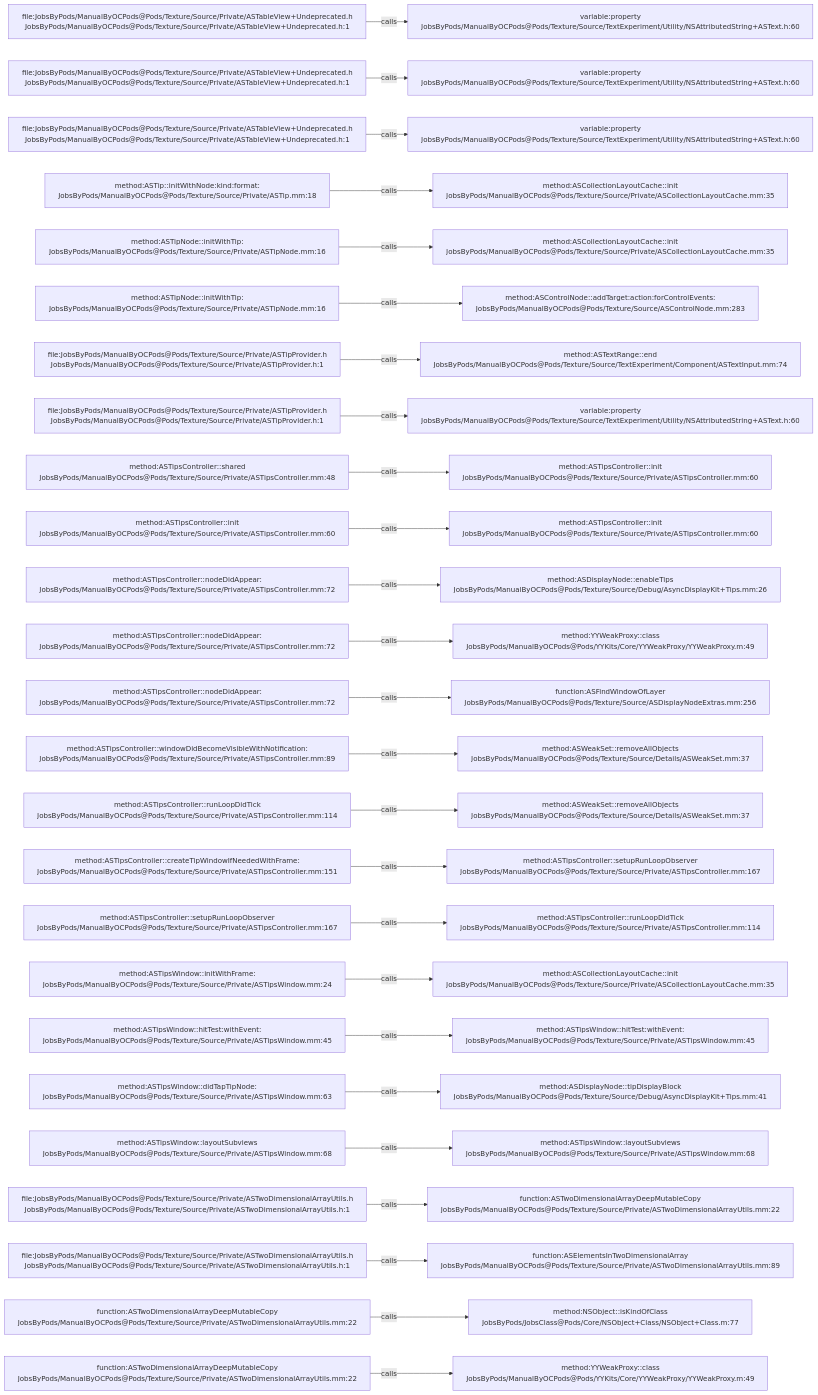
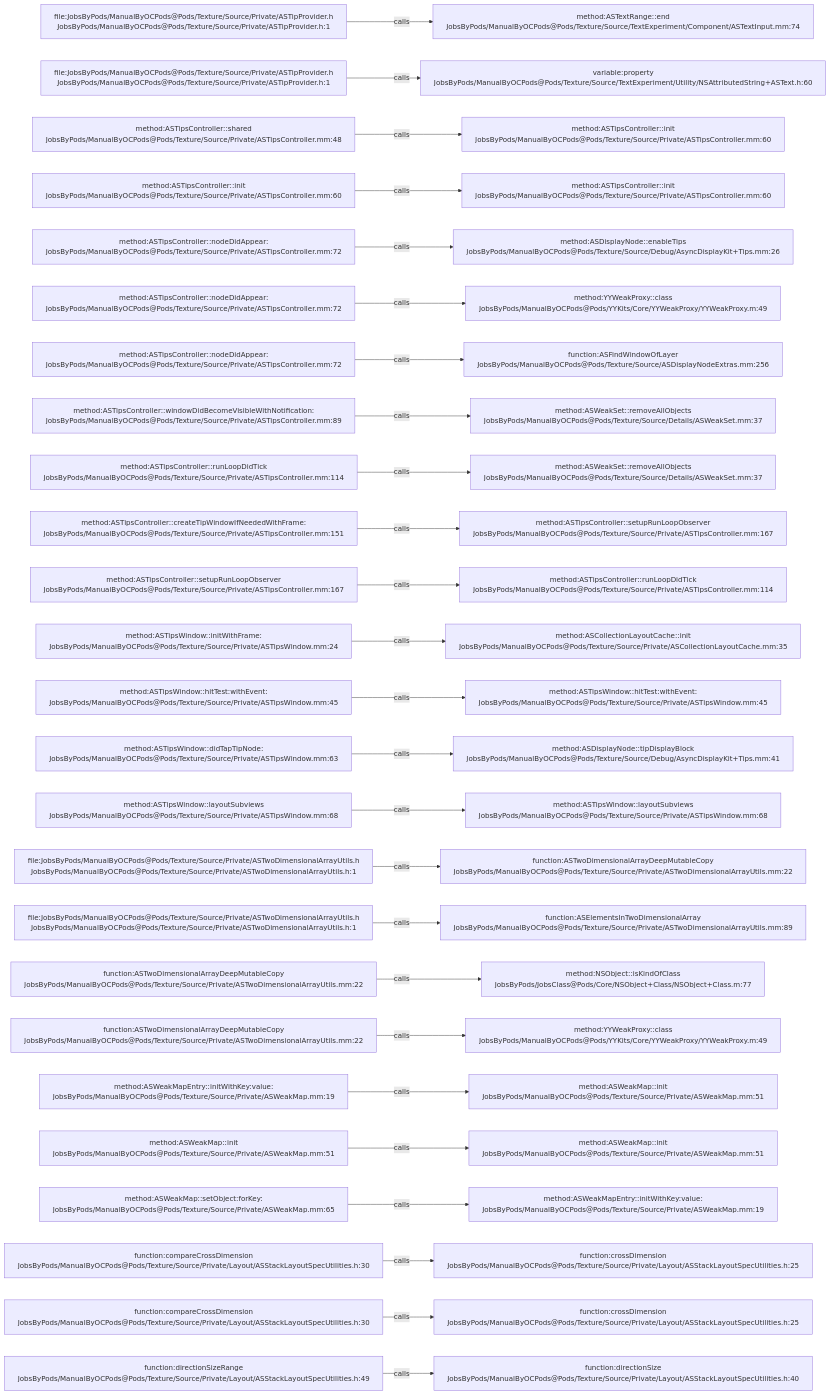
Before and after one commit to JobsKits/JobsOCBaseConfigDemo: the diagram in .codegraph/codegraph.md/graphs/calls-184.md, drawn with Mermaid. The commit also changed 666 other files, not shown here.

````diff
--- a/.codegraph/codegraph.md/graphs/calls-184.md
+++ b/.codegraph/codegraph.md/graphs/calls-184.md
@@ -13,78 +13,78 @@
 ```mermaid
 flowchart LR
-  S1["file:JobsByPods/ManualByOCPods@Pods/Texture/Source/Private/ASTableView+Undeprecated.h<br/>JobsByPods/ManualByOCPods@Pods/Texture/Source/Private/ASTableView+Undeprecated.h:1"]
-  T1["variable:property<br/>JobsByPods/ManualByOCPods@Pods/Texture/Source/TextExperiment/Utility/NSAttributedString+ASText.h:60"]
+  S1["file:JobsByPods/ManualByOCPods@Pods/Texture/Source/Private/ASTipProvider.h<br/>JobsByPods/ManualByOCPods@Pods/Texture/Source/Private/ASTipProvider.h:1"]
+  T1["method:ASTextRange::end<br/>JobsByPods/ManualByOCPods@Pods/Texture/Source/TextExperiment/Component/ASTextInput.mm:74"]
   S1 -->|calls| T1
-  S2["file:JobsByPods/ManualByOCPods@Pods/Texture/Source/Private/ASTableView+Undeprecated.h<br/>JobsByPods/ManualByOCPods@Pods/Texture/Source/Private/ASTableView+Undeprecated.h:1"]
+  S2["file:JobsByPods/ManualByOCPods@Pods/Texture/Source/Private/ASTipProvider.h<br/>JobsByPods/ManualByOCPods@Pods/Texture/Source/Private/ASTipProvider.h:1"]
   T2["variable:property<br/>JobsByPods/ManualByOCPods@Pods/Texture/Source/TextExperiment/Utility/NSAttributedString+ASText.h:60"]
   S2 -->|calls| T2
-  S3["file:JobsByPods/ManualByOCPods@Pods/Texture/Source/Private/ASTableView+Undeprecated.h<br/>JobsByPods/ManualByOCPods@Pods/Texture/Source/Private/ASTableView+Undeprecated.h:1"]
-  T3["variable:property<br/>JobsByPods/ManualByOCPods@Pods/Texture/Source/TextExperiment/Utility/NSAttributedString+ASText.h:60"]
+  S3["method:ASTipsController::shared<br/>JobsByPods/ManualByOCPods@Pods/Texture/Source/Private/ASTipsController.mm:48"]
+  T3["method:ASTipsController::init<br/>JobsByPods/ManualByOCPods@Pods/Texture/Source/Private/ASTipsController.mm:60"]
   S3 -->|calls| T3
-  S4["method:ASTip::initWithNode:kind:format:<br/>JobsByPods/ManualByOCPods@Pods/Texture/Source/Private/ASTip.mm:18"]
-  T4["method:ASCollectionLayoutCache::init<br/>JobsByPods/ManualByOCPods@Pods/Texture/Source/Private/ASCollectionLayoutCache.mm:35"]
+  S4["method:ASTipsController::init<br/>JobsByPods/ManualByOCPods@Pods/Texture/Source/Private/ASTipsController.mm:60"]
+  T4["method:ASTipsController::init<br/>JobsByPods/ManualByOCPods@Pods/Texture/Source/Private/ASTipsController.mm:60"]
   S4 -->|calls| T4
-  S5["method:ASTipNode::initWithTip:<br/>JobsByPods/ManualByOCPods@Pods/Texture/Source/Private/ASTipNode.mm:16"]
-  T5["method:ASCollectionLayoutCache::init<br/>JobsByPods/ManualByOCPods@Pods/Texture/Source/Private/ASCollectionLayoutCache.mm:35"]
+  S5["method:ASTipsController::nodeDidAppear:<br/>JobsByPods/ManualByOCPods@Pods/Texture/Source/Private/ASTipsController.mm:72"]
+  T5["method:ASDisplayNode::enableTips<br/>JobsByPods/ManualByOCPods@Pods/Texture/Source/Debug/AsyncDisplayKit+Tips.mm:26"]
   S5 -->|calls| T5
-  S6["method:ASTipNode::initWithTip:<br/>JobsByPods/ManualByOCPods@Pods/Texture/Source/Private/ASTipNode.mm:16"]
-  T6["method:ASControlNode::addTarget:action:forControlEvents:<br/>JobsByPods/ManualByOCPods@Pods/Texture/Source/ASControlNode.mm:283"]
+  S6["method:ASTipsController::nodeDidAppear:<br/>JobsByPods/ManualByOCPods@Pods/Texture/Source/Private/ASTipsController.mm:72"]
+  T6["method:YYWeakProxy::class<br/>JobsByPods/ManualByOCPods@Pods/YYKits/Core/YYWeakProxy/YYWeakProxy.m:49"]
   S6 -->|calls| T6
-  S7["file:JobsByPods/ManualByOCPods@Pods/Texture/Source/Private/ASTipProvider.h<br/>JobsByPods/ManualByOCPods@Pods/Texture/Source/Private/ASTipProvider.h:1"]
-  T7["method:ASTextRange::end<br/>JobsByPods/ManualByOCPods@Pods/Texture/Source/TextExperiment/Component/ASTextInput.mm:74"]
+  S7["method:ASTipsController::nodeDidAppear:<br/>JobsByPods/ManualByOCPods@Pods/Texture/Source/Private/ASTipsController.mm:72"]
+  T7["function:ASFindWindowOfLayer<br/>JobsByPods/ManualByOCPods@Pods/Texture/Source/ASDisplayNodeExtras.mm:256"]
   S7 -->|calls| T7
-  S8["file:JobsByPods/ManualByOCPods@Pods/Texture/Source/Private/ASTipProvider.h<br/>JobsByPods/ManualByOCPods@Pods/Texture/Source/Private/ASTipProvider.h:1"]
-  T8["variable:property<br/>JobsByPods/ManualByOCPods@Pods/Texture/Source/TextExperiment/Utility/NSAttributedString+ASText.h:60"]
+  S8["method:ASTipsController::windowDidBecomeVisibleWithNotification:<br/>JobsByPods/ManualByOCPods@Pods/Texture/Source/Private/ASTipsController.mm:89"]
+  T8["method:ASWeakSet::removeAllObjects<br/>JobsByPods/ManualByOCPods@Pods/Texture/Source/Details/ASWeakSet.mm:37"]
   S8 -->|calls| T8
-  S9["method:ASTipsController::shared<br/>JobsByPods/ManualByOCPods@Pods/Texture/Source/Private/ASTipsController.mm:48"]
-  T9["method:ASTipsController::init<br/>JobsByPods/ManualByOCPods@Pods/Texture/Source/Private/ASTipsController.mm:60"]
+  S9["method:ASTipsController::runLoopDidTick<br/>JobsByPods/ManualByOCPods@Pods/Texture/Source/Private/ASTipsController.mm:114"]
+  T9["method:ASWeakSet::removeAllObjects<br/>JobsByPods/ManualByOCPods@Pods/Texture/Source/Details/ASWeakSet.mm:37"]
   S9 -->|calls| T9
-  S10["method:ASTipsController::init<br/>JobsByPods/ManualByOCPods@Pods/Texture/Source/Private/ASTipsController.mm:60"]
-  T10["method:ASTipsController::init<br/>JobsByPods/ManualByOCPods@Pods/Texture/Source/Private/ASTipsController.mm:60"]
+  S10["method:ASTipsController::createTipWindowIfNeededWithFrame:<br/>JobsByPods/ManualByOCPods@Pods/Texture/Source/Private/ASTipsController.mm:151"]
+  T10["method:ASTipsController::setupRunLoopObserver<br/>JobsByPods/ManualByOCPods@Pods/Texture/Source/Private/ASTipsController.mm:167"]
   S10 -->|calls| T10
-  S11["method:ASTipsController::nodeDidAppear:<br/>JobsByPods/ManualByOCPods@Pods/Texture/Source/Private/ASTipsController.mm:72"]
-  T11["method:ASDisplayNode::enableTips<br/>JobsByPods/ManualByOCPods@Pods/Texture/Source/Debug/AsyncDisplayKit+Tips.mm:26"]
+  S11["method:ASTipsController::setupRunLoopObserver<br/>JobsByPods/ManualByOCPods@Pods/Texture/Source/Private/ASTipsController.mm:167"]
+  T11["method:ASTipsController::runLoopDidTick<br/>JobsByPods/ManualByOCPods@Pods/Texture/Source/Private/ASTipsController.mm:114"]
   S11 -->|calls| T11
-  S12["method:ASTipsController::nodeDidAppear:<br/>JobsByPods/ManualByOCPods@Pods/Texture/Source/Private/ASTipsController.mm:72"]
-  T12["method:YYWeakProxy::class<br/>JobsByPods/ManualByOCPods@Pods/YYKits/Core/YYWeakProxy/YYWeakProxy.m:49"]
+  S12["method:ASTipsWindow::initWithFrame:<br/>JobsByPods/ManualByOCPods@Pods/Texture/Source/Private/ASTipsWindow.mm:24"]
+  T12["method:ASCollectionLayoutCache::init<br/>JobsByPods/ManualByOCPods@Pods/Texture/Source/Private/ASCollectionLayoutCache.mm:35"]
   S12 -->|calls| T12
-  S13["method:ASTipsController::nodeDidAppear:<br/>JobsByPods/ManualByOCPods@Pods/Texture/Source/Private/ASTipsController.mm:72"]
-  T13["function:ASFindWindowOfLayer<br/>JobsByPods/ManualByOCPods@Pods/Texture/Source/ASDisplayNodeExtras.mm:256"]
+  S13["method:ASTipsWindow::hitTest:withEvent:<br/>JobsByPods/ManualByOCPods@Pods/Texture/Source/Private/ASTipsWindow.mm:45"]
+  T13["method:ASTipsWindow::hitTest:withEvent:<br/>JobsByPods/ManualByOCPods@Pods/Texture/Source/Private/ASTipsWindow.mm:45"]
   S13 -->|calls| T13
-  S14["method:ASTipsController::windowDidBecomeVisibleWithNotification:<br/>JobsByPods/ManualByOCPods@Pods/Texture/Source/Private/ASTipsController.mm:89"]
-  T14["method:ASWeakSet::removeAllObjects<br/>JobsByPods/ManualByOCPods@Pods/Texture/Source/Details/ASWeakSet.mm:37"]
+  S14["method:ASTipsWindow::didTapTipNode:<br/>JobsByPods/ManualByOCPods@Pods/Texture/Source/Private/ASTipsWindow.mm:63"]
+  T14["method:ASDisplayNode::tipDisplayBlock<br/>JobsByPods/ManualByOCPods@Pods/Texture/Source/Debug/AsyncDisplayKit+Tips.mm:41"]
   S14 -->|calls| T14
-  S15["method:ASTipsController::runLoopDidTick<br/>JobsByPods/ManualByOCPods@Pods/Texture/Source/Private/ASTipsController.mm:114"]
-  T15["method:ASWeakSet::removeAllObjects<br/>JobsByPods/ManualByOCPods@Pods/Texture/Source/Details/ASWeakSet.mm:37"]
+  S15["method:ASTipsWindow::layoutSubviews<br/>JobsByPods/ManualByOCPods@Pods/Texture/Source/Private/ASTipsWindow.mm:68"]
+  T15["method:ASTipsWindow::layoutSubviews<br/>JobsByPods/ManualByOCPods@Pods/Texture/Source/Private/ASTipsWindow.mm:68"]
   S15 -->|calls| T15
-  S16["method:ASTipsController::createTipWindowIfNeededWithFrame:<br/>JobsByPods/ManualByOCPods@Pods/Texture/Source/Private/ASTipsController.mm:151"]
-  T16["method:ASTipsController::setupRunLoopObserver<br/>JobsByPods/ManualByOCPods@Pods/Texture/Source/Private/ASTipsController.mm:167"]
+  S16["file:JobsByPods/ManualByOCPods@Pods/Texture/Source/Private/ASTwoDimensionalArrayUtils.h<br/>JobsByPods/ManualByOCPods@Pods/Texture/Source/Private/ASTwoDimensionalArrayUtils.h:1"]
+  T16["function:ASTwoDimensionalArrayDeepMutableCopy<br/>JobsByPods/ManualByOCPods@Pods/Texture/Source/Private/ASTwoDimensionalArrayUtils.mm:22"]
   S16 -->|calls| T16
-  S17["method:ASTipsController::setupRunLoopObserver<br/>JobsByPods/ManualByOCPods@Pods/Texture/Source/Private/ASTipsController.mm:167"]
-  T17["method:ASTipsController::runLoopDidTick<br/>JobsByPods/ManualByOCPods@Pods/Texture/Source/Private/ASTipsController.mm:114"]
+  S17["file:JobsByPods/ManualByOCPods@Pods/Texture/Source/Private/ASTwoDimensionalArrayUtils.h<br/>JobsByPods/ManualByOCPods@Pods/Texture/Source/Private/ASTwoDimensionalArrayUtils.h:1"]
+  T17["function:ASElementsInTwoDimensionalArray<br/>JobsByPods/ManualByOCPods@Pods/Texture/Source/Private/ASTwoDimensionalArrayUtils.mm:89"]
   S17 -->|calls| T17
-  S18["method:ASTipsWindow::initWithFrame:<br/>JobsByPods/ManualByOCPods@Pods/Texture/Source/Private/ASTipsWindow.mm:24"]
-  T18["method:ASCollectionLayoutCache::init<br/>JobsByPods/ManualByOCPods@Pods/Texture/Source/Private/ASCollectionLayoutCache.mm:35"]
+  S18["function:ASTwoDimensionalArrayDeepMutableCopy<br/>JobsByPods/ManualByOCPods@Pods/Texture/Source/Private/ASTwoDimensionalArrayUtils.mm:22"]
+  T18["method:NSObject::isKindOfClass<br/>JobsByPods/JobsClass@Pods/Core/NSObject+Class/NSObject+Class.m:77"]
   S18 -->|calls| T18
-  S19["method:ASTipsWindow::hitTest:withEvent:<br/>JobsByPods/ManualByOCPods@Pods/Texture/Source/Private/ASTipsWindow.mm:45"]
-  T19["method:ASTipsWindow::hitTest:withEvent:<br/>JobsByPods/ManualByOCPods@Pods/Texture/Source/Private/ASTipsWindow.mm:45"]
+  S19["function:ASTwoDimensionalArrayDeepMutableCopy<br/>JobsByPods/ManualByOCPods@Pods/Texture/Source/Private/ASTwoDimensionalArrayUtils.mm:22"]
+  T19["method:YYWeakProxy::class<br/>JobsByPods/ManualByOCPods@Pods/YYKits/Core/YYWeakProxy/YYWeakProxy.m:49"]
   S19 -->|calls| T19
-  S20["method:ASTipsWindow::didTapTipNode:<br/>JobsByPods/ManualByOCPods@Pods/Texture/Source/Private/ASTipsWindow.mm:63"]
-  T20["method:ASDisplayNode::tipDisplayBlock<br/>JobsByPods/ManualByOCPods@Pods/Texture/Source/Debug/AsyncDisplayKit+Tips.mm:41"]
+  S20["method:ASWeakMapEntry::initWithKey:value:<br/>JobsByPods/ManualByOCPods@Pods/Texture/Source/Private/ASWeakMap.mm:19"]
+  T20["method:ASWeakMap::init<br/>JobsByPods/ManualByOCPods@Pods/Texture/Source/Private/ASWeakMap.mm:51"]
   S20 -->|calls| T20
-  S21["method:ASTipsWindow::layoutSubviews<br/>JobsByPods/ManualByOCPods@Pods/Texture/Source/Private/ASTipsWindow.mm:68"]
-  T21["method:ASTipsWindow::layoutSubviews<br/>JobsByPods/ManualByOCPods@Pods/Texture/Source/Private/ASTipsWindow.mm:68"]
+  S21["method:ASWeakMap::init<br/>JobsByPods/ManualByOCPods@Pods/Texture/Source/Private/ASWeakMap.mm:51"]
+  T21["method:ASWeakMap::init<br/>JobsByPods/ManualByOCPods@Pods/Texture/Source/Private/ASWeakMap.mm:51"]
   S21 -->|calls| T21
-  S22["file:JobsByPods/ManualByOCPods@Pods/Texture/Source/Private/ASTwoDimensionalArrayUtils.h<br/>JobsByPods/ManualByOCPods@Pods/Texture/Source/Private/ASTwoDimensionalArrayUtils.h:1"]
-  T22["function:ASTwoDimensionalArrayDeepMutableCopy<br/>JobsByPods/ManualByOCPods@Pods/Texture/Source/Private/ASTwoDimensionalArrayUtils.mm:22"]
+  S22["method:ASWeakMap::setObject:forKey:<br/>JobsByPods/ManualByOCPods@Pods/Texture/Source/Private/ASWeakMap.mm:65"]
+  T22["method:ASWeakMapEntry::initWithKey:value:<br/>JobsByPods/ManualByOCPods@Pods/Texture/Source/Private/ASWeakMap.mm:19"]
   S22 -->|calls| T22
-  S23["file:JobsByPods/ManualByOCPods@Pods/Texture/Source/Private/ASTwoDimensionalArrayUtils.h<br/>JobsByPods/ManualByOCPods@Pods/Texture/Source/Private/ASTwoDimensionalArrayUtils.h:1"]
-  T23["function:ASElementsInTwoDimensionalArray<br/>JobsByPods/ManualByOCPods@Pods/Texture/Source/Private/ASTwoDimensionalArrayUtils.mm:89"]
+  S23["function:compareCrossDimension<br/>JobsByPods/ManualByOCPods@Pods/Texture/Source/Private/Layout/ASStackLayoutSpecUtilities.h:30"]
+  T23["function:crossDimension<br/>JobsByPods/ManualByOCPods@Pods/Texture/Source/Private/Layout/ASStackLayoutSpecUtilities.h:25"]
   S23 -->|calls| T23
-  S24["function:ASTwoDimensionalArrayDeepMutableCopy<br/>JobsByPods/ManualByOCPods@Pods/Texture/Source/Private/ASTwoDimensionalArrayUtils.mm:22"]
-  T24["method:NSObject::isKindOfClass<br/>JobsByPods/JobsClass@Pods/Core/NSObject+Class/NSObject+Class.m:77"]
+  S24["function:compareCrossDimension<br/>JobsByPods/ManualByOCPods@Pods/Texture/Source/Private/Layout/ASStackLayoutSpecUtilities.h:30"]
+  T24["function:crossDimension<br/>JobsByPods/ManualByOCPods@Pods/Texture/Source/Private/Layout/ASStackLayoutSpecUtilities.h:25"]
   S24 -->|calls| T24
-  S25["function:ASTwoDimensionalArrayDeepMutableCopy<br/>JobsByPods/ManualByOCPods@Pods/Texture/Source/Private/ASTwoDimensionalArrayUtils.mm:22"]
-  T25["method:YYWeakProxy::class<br/>JobsByPods/ManualByOCPods@Pods/YYKits/Core/YYWeakProxy/YYWeakProxy.m:49"]
+  S25["function:directionSizeRange<br/>JobsByPods/ManualByOCPods@Pods/Texture/Source/Private/Layout/ASStackLayoutSpecUtilities.h:49"]
+  T25["function:directionSize<br/>JobsByPods/ManualByOCPods@Pods/Texture/Source/Private/Layout/ASStackLayoutSpecUtilities.h:40"]
   S25 -->|calls| T25
 ```
````
